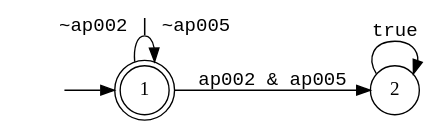
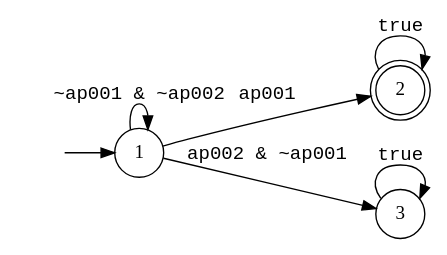
One commit to cais-psu/cais-spade-llm changed the diagram in cais_spade_llm/safety/SAFE_1_dfa.dot. Above: the diagram before and after it, drawn with Graphviz. The commit also changed 38 other files, not shown here.

```diff
--- a/cais_spade_llm/safety/SAFE_1_dfa.dot
+++ b/cais_spade_llm/safety/SAFE_1_dfa.dot
@@ -1,14 +1,16 @@
 digraph MONA_DFA {
  rankdir = LR;
  center = true;
  size = "7.5,10.5";
  edge [fontname = Courier];
  node [height = .5, width = .5];
- node [shape = doublecircle]; 1;
+ node [shape = doublecircle]; 2;
  node [shape = circle]; 1;
  init [shape = plaintext, label = ""];
  init -> 1;
- 1 -> 1 [label="~ap002 | ~ap005"];
- 1 -> 2 [label="ap002 & ap005"];
+ 1 -> 1 [label="~ap001 & ~ap002"];
+ 1 -> 2 [label="ap001"];
+ 1 -> 3 [label="ap002 & ~ap001"];
  2 -> 2 [label="true"];
+ 3 -> 3 [label="true"];
 }
```
